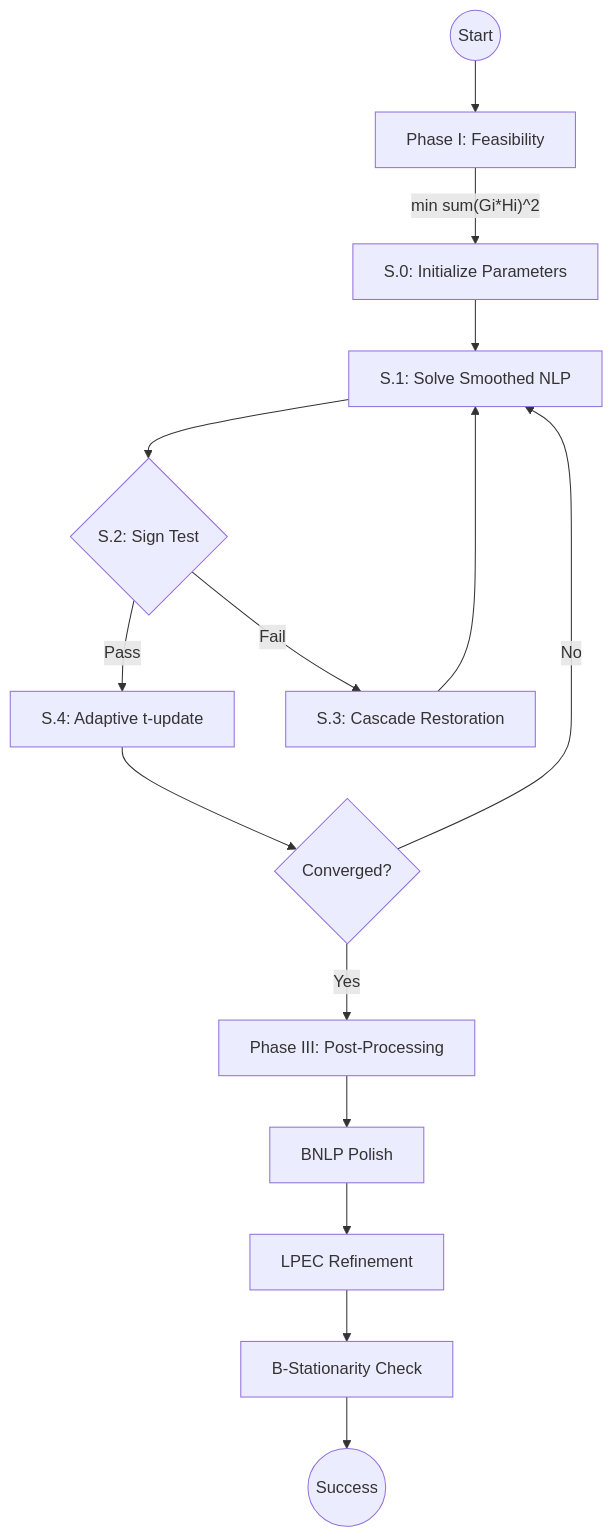
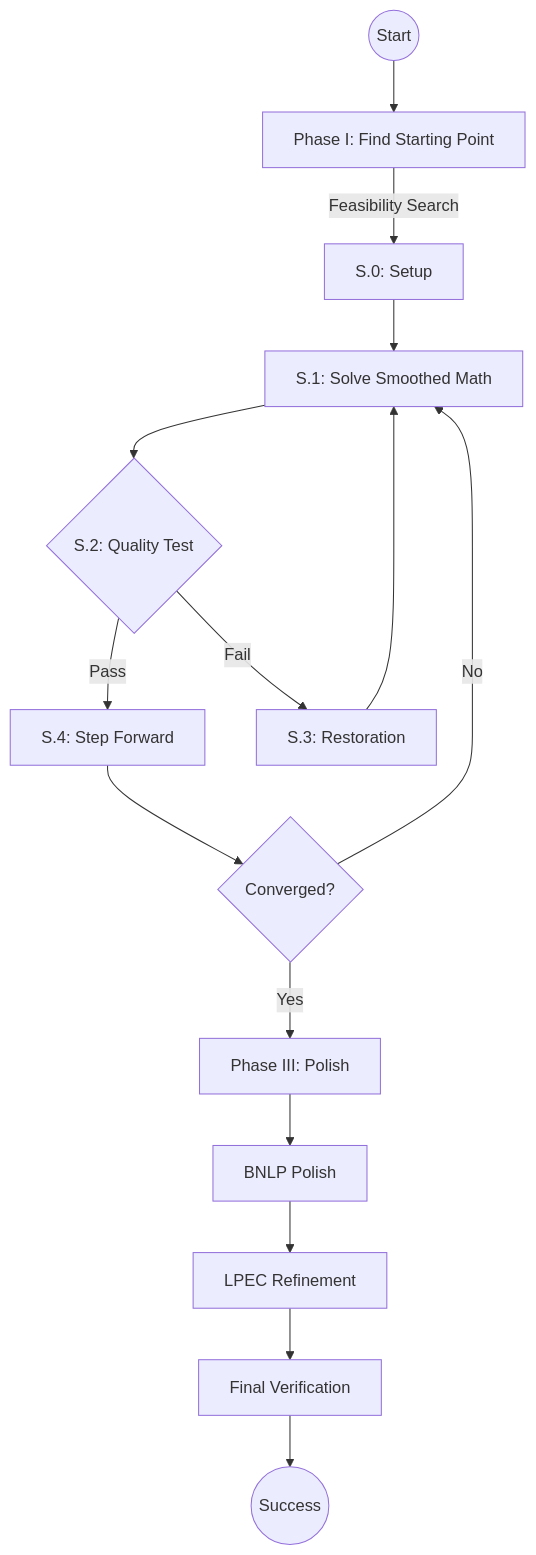
Before and after one commit to mrsaurabhtanwar/MPECSS: the diagram in README.md, drawn with Mermaid. The commit also changed other lines of this file and 42 other files, not shown here.

````diff
--- a/README.md
+++ b/README.md
@@ -748,17 +113,17 @@
 ```mermaid
 graph TD
-    Start((Start)) --> Phase1[Phase I: Feasibility]
-    Phase1 -->|"min sum(Gi*Hi)^2"| S0[S.0: Initialize Parameters]
-    S0 --> S1[S.1: Solve Smoothed NLP]
-    S1 --> S2{S.2: Sign Test}
-    S2 -->|Pass| S4[S.4: Adaptive t-update]
-    S2 -->|Fail| S3[S.3: Cascade Restoration]
+    Start((Start)) --> Phase1[Phase I: Find Starting Point]
+    Phase1 -->|"Feasibility Search"| S0[S.0: Setup]
+    S0 --> S1[S.1: Solve Smoothed Math]
+    S1 --> S2{S.2: Quality Test}
+    S2 -->|Pass| S4[S.4: Step Forward]
+    S2 -->|Fail| S3[S.3: Restoration]
     S3 --> S1
     S4 --> Check{Converged?}
     Check -->|No| S1
-    Check -->|Yes| Phase3[Phase III: Post-Processing]
+    Check -->|Yes| Phase3[Phase III: Polish]
     Phase3 --> BNLP[BNLP Polish]
     BNLP --> LPEC[LPEC Refinement]
-    LPEC --> BStat[B-Stationarity Check]
+    LPEC --> BStat[Final Verification]
     BStat --> End((Success))
 ```
````
